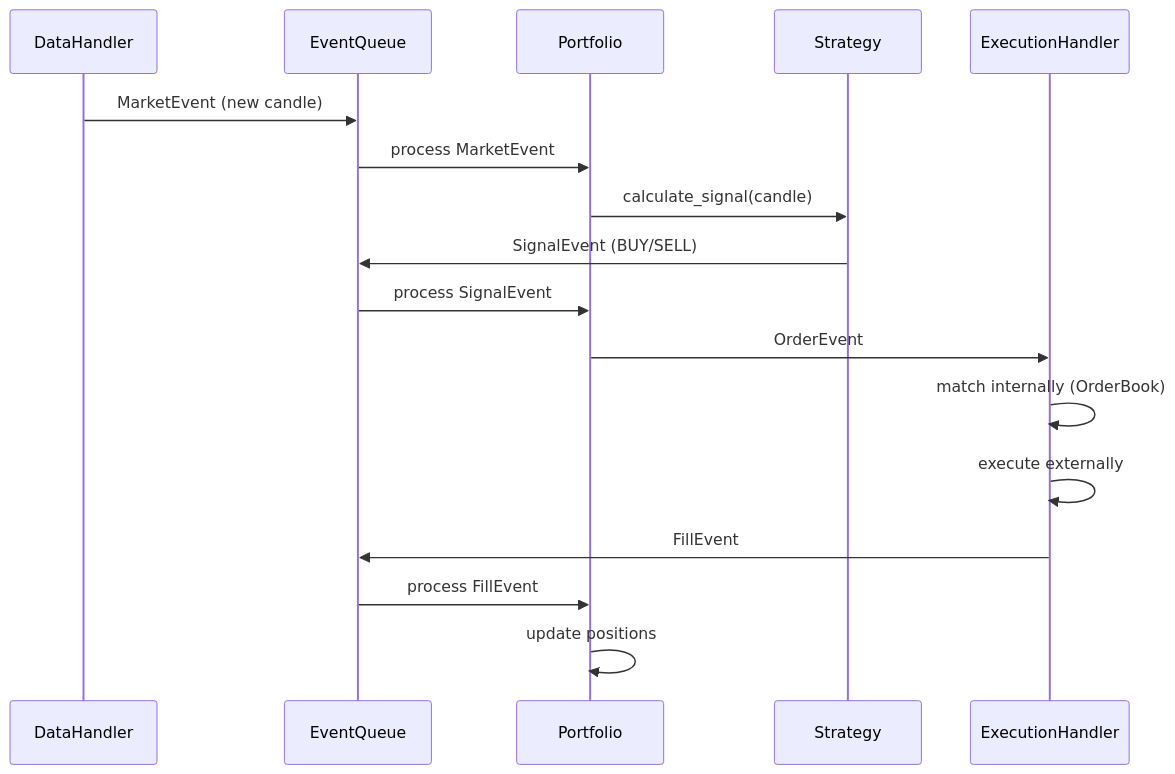
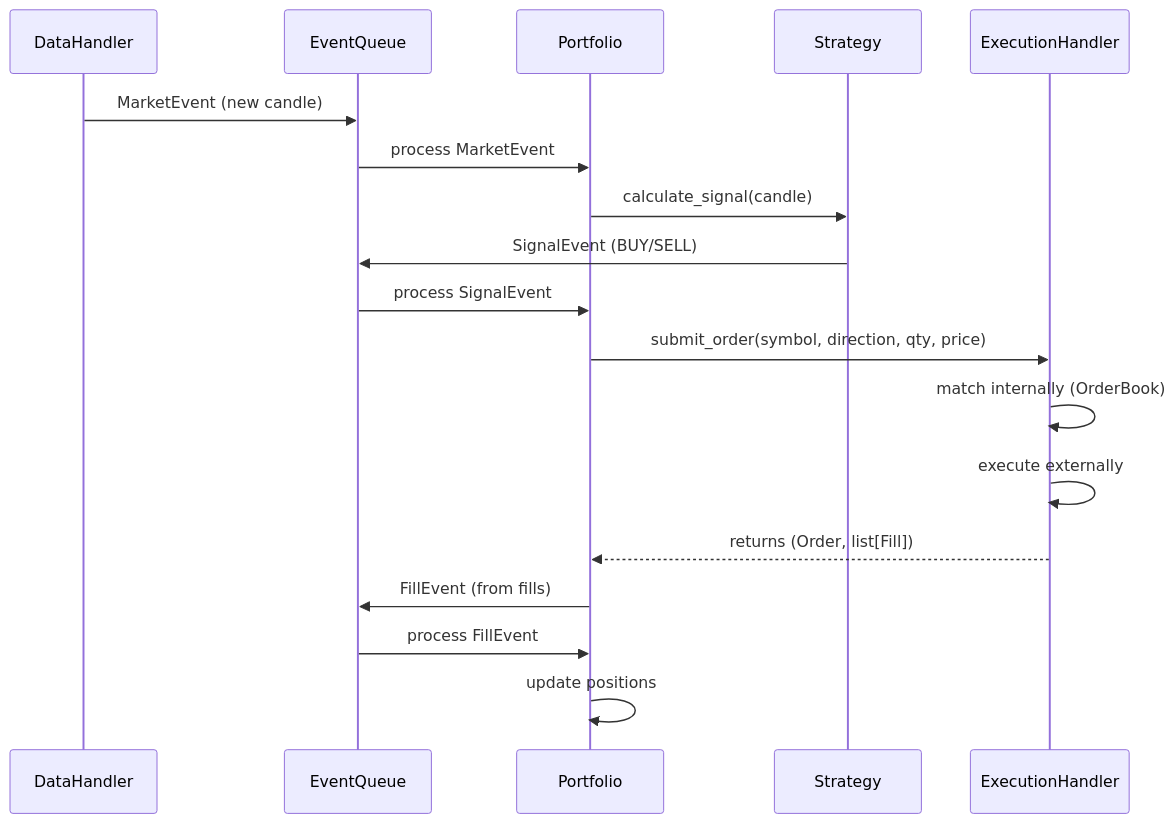
The second of 8 diagrams in ARCHITECTURE.md (SeyhmusGuler/goat), drawn with Mermaid before and after one commit. The commit also changed other lines of this file and 2 other files, not shown here.

````diff
--- a/ARCHITECTURE.md
+++ b/ARCHITECTURE.md
@@ -72,20 +72,21 @@
 ```mermaid
 sequenceDiagram
     participant DH as DataHandler
     participant EQ as EventQueue
     participant P as Portfolio
     participant S as Strategy
     participant EH as ExecutionHandler
     
     DH->>EQ: MarketEvent (new candle)
     EQ->>P: process MarketEvent
     P->>S: calculate_signal(candle)
     S->>EQ: SignalEvent (BUY/SELL)
     EQ->>P: process SignalEvent
-    P->>EH: OrderEvent
+    P->>EH: submit_order(symbol, direction, qty, price)
     EH->>EH: match internally (OrderBook)
     EH->>EH: execute externally
-    EH->>EQ: FillEvent
+    EH-->>P: returns (Order, list[Fill])
+    P->>EQ: FillEvent (from fills)
     EQ->>P: process FillEvent
     P->>P: update positions
 ```
````
